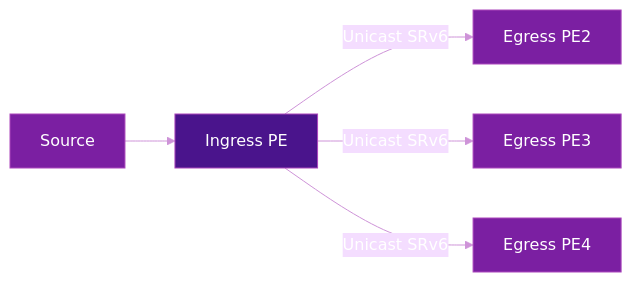
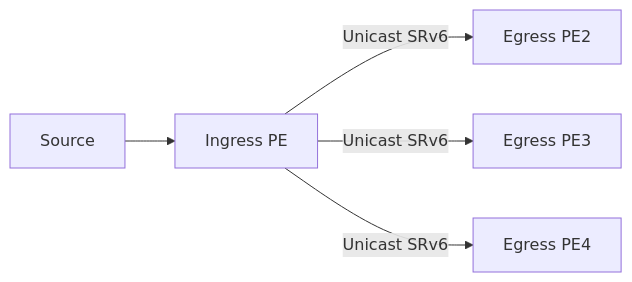
One commit to eldaninavas/srv6.md changed the first of 4 diagrams in docs/topics/multicast.md. Above: the diagram before and after it, drawn with Mermaid. The commit also changed other lines of this file and 29 other files, not shown here.

First line of the commit message:
fix(mermaid): apply theme-aware colors site-wide

````diff
--- a/docs/topics/multicast.md
+++ b/docs/topics/multicast.md
@@ -36,14 +36,7 @@
 ```mermaid
-%%{init: {"theme": "base", "themeVariables": {"primaryTextColor": "#fff", "lineColor": "#ce93d8", "textColor": "#fff"}}}%%
 graph LR
     SRC[Source] --> PE1[Ingress PE]
     PE1 -->|Unicast SRv6| PE2[Egress PE2]
     PE1 -->|Unicast SRv6| PE3[Egress PE3]
     PE1 -->|Unicast SRv6| PE4[Egress PE4]
-
-    style SRC fill:#7b1fa2,color:#fff,stroke:#ab47bc
-    style PE1 fill:#4a148c,color:#fff,stroke:#ab47bc
-    style PE2 fill:#7b1fa2,color:#fff,stroke:#ab47bc
-    style PE3 fill:#7b1fa2,color:#fff,stroke:#ab47bc
-    style PE4 fill:#7b1fa2,color:#fff,stroke:#ab47bc
 ```
````
